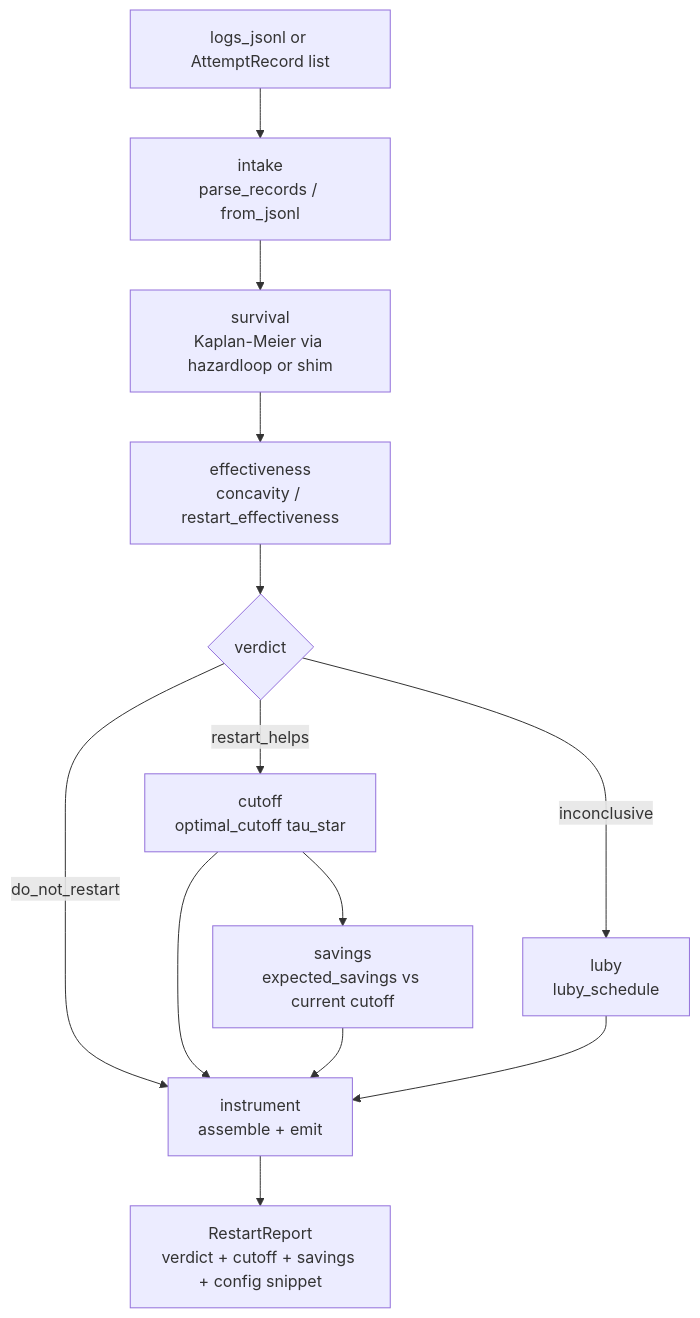
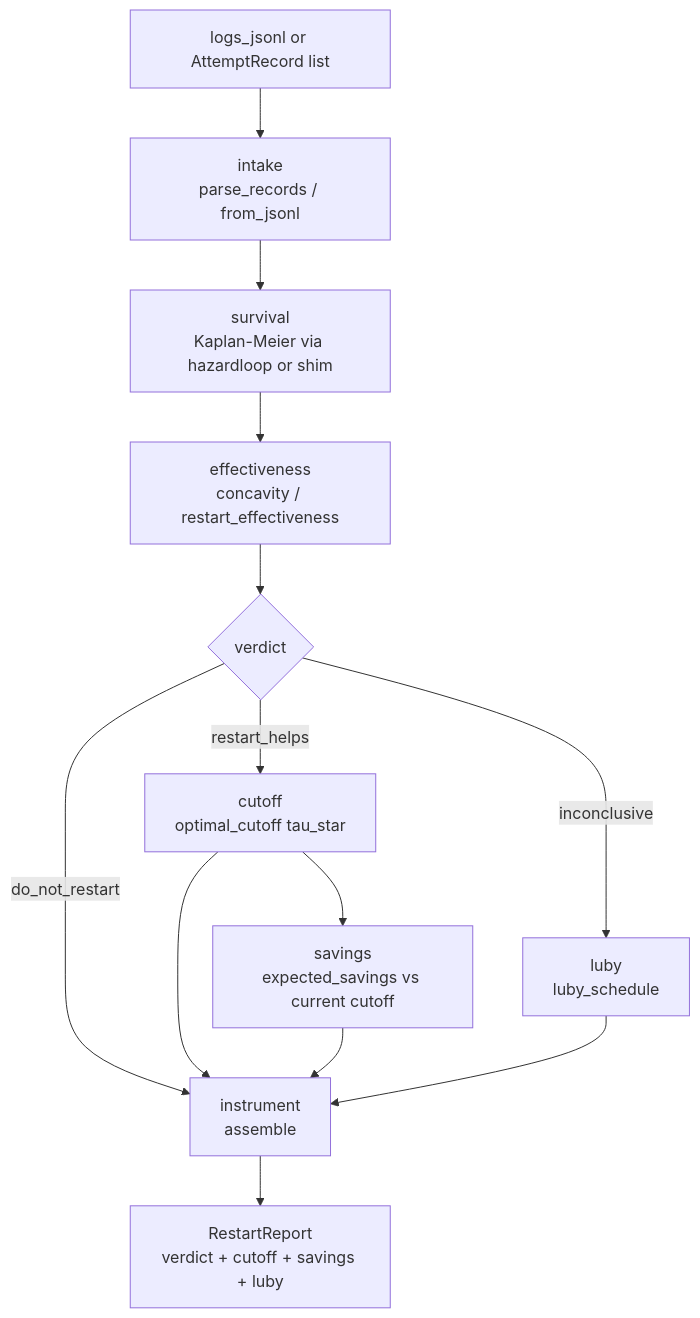
Before and after one commit to hinanohart/restartwell: the diagram in README.md, drawn with Mermaid.

Commit message:
docs: QA fix (rendering/content)

````diff
--- a/README.md
+++ b/README.md
@@ -27,15 +27,15 @@
 ```mermaid
 flowchart TD
     A[logs_jsonl or AttemptRecord list] --> B[intake<br>parse_records / from_jsonl]
     B --> C[survival<br>Kaplan-Meier via hazardloop or shim]
     C --> D[effectiveness<br>concavity / restart_effectiveness]
     D --> E{verdict}
     E -->|restart_helps| F[cutoff<br>optimal_cutoff tau_star]
-    E -->|do_not_restart| G[instrument<br>assemble + emit]
+    E -->|do_not_restart| G[instrument<br>assemble]
     E -->|inconclusive| H[luby<br>luby_schedule]
     F --> I[savings<br>expected_savings vs current cutoff]
     F --> G
     I --> G
     H --> G
-    G --> J[RestartReport<br>verdict + cutoff + savings + config snippet]
+    G --> J[RestartReport<br>verdict + cutoff + savings + luby]
 ```
````
